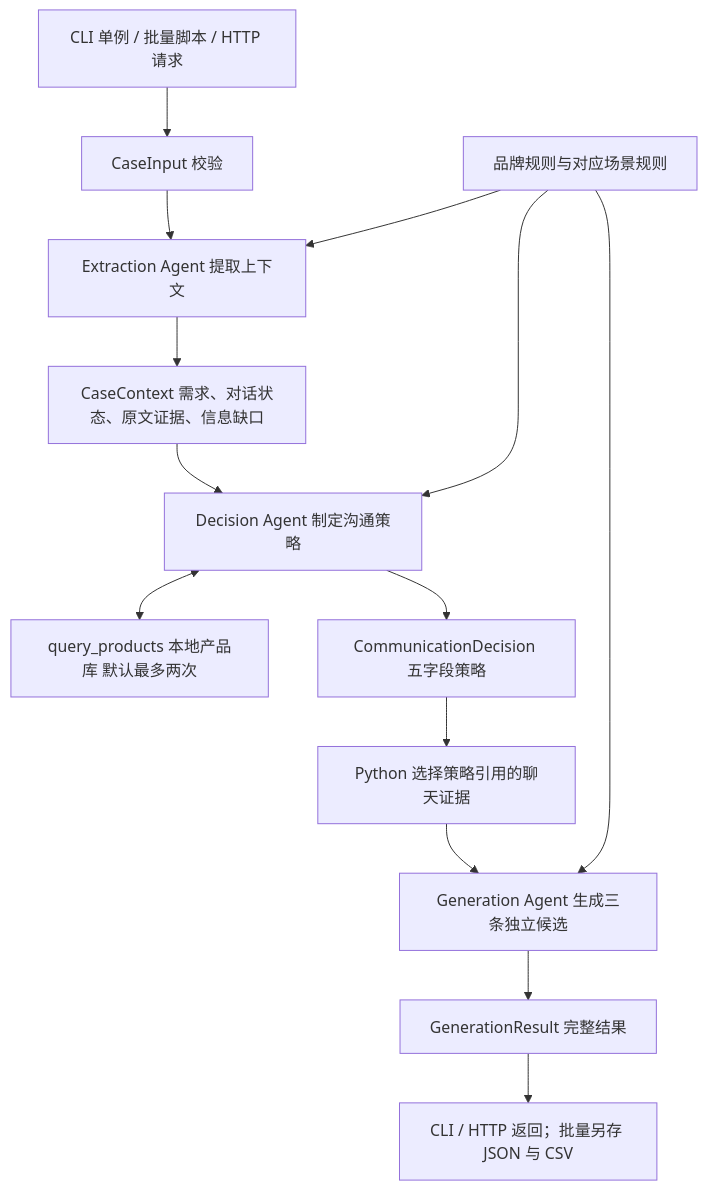
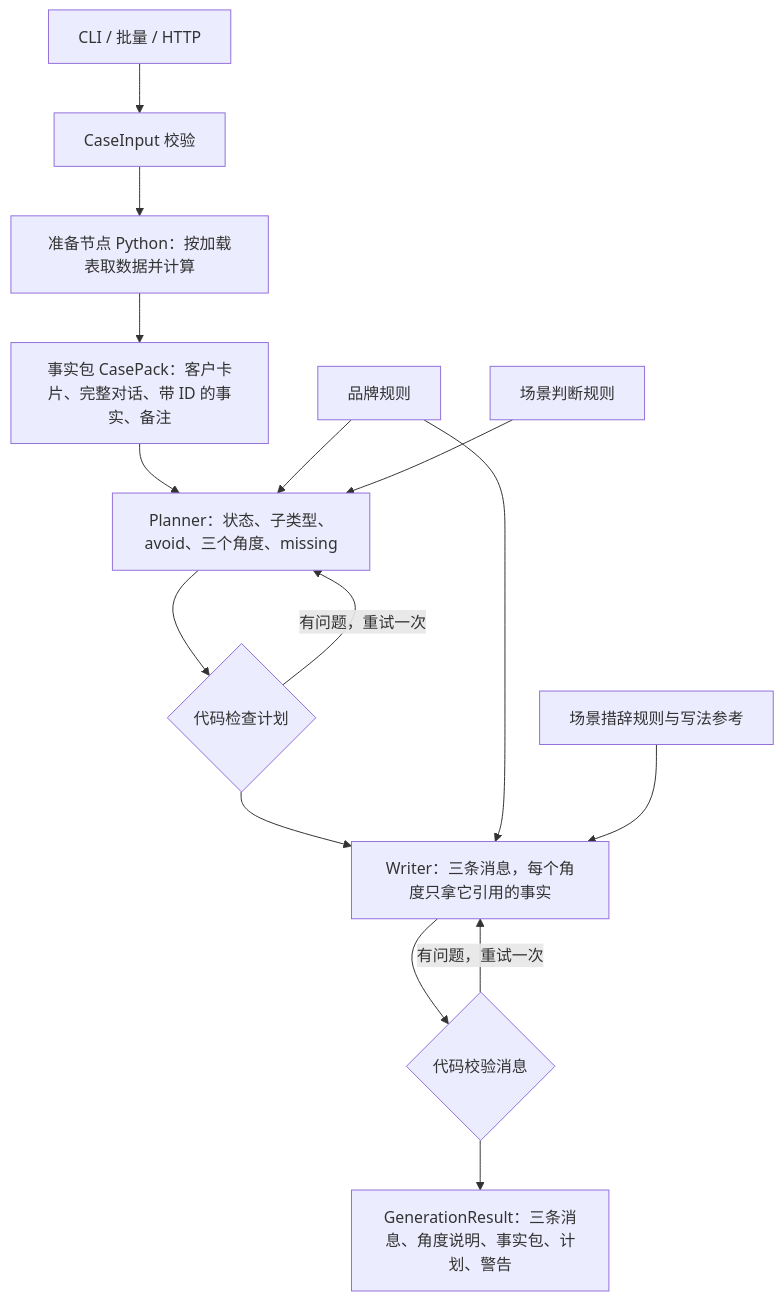
Before and after one commit to Jamieee0531/lacaze-advisor: the diagram in docs/project-map.zh-CN.md, drawn with Mermaid. The commit also changed other lines of this file and 5 other files, not shown here.

````diff
--- a/docs/project-map.zh-CN.md
+++ b/docs/project-map.zh-CN.md
@@ -29,16 +29,17 @@
 ```mermaid
 flowchart TD
-    A[CLI 单例 / 批量脚本 / HTTP 请求] --> B[CaseInput 校验]
-    B --> C[Extraction Agent 提取上下文]
-    C --> D[CaseContext 需求、对话状态、原文证据、信息缺口]
-    D --> E[Decision Agent 制定沟通策略]
-    E <--> F[query_products 本地产品库 默认最多两次]
-    E --> G[CommunicationDecision 五字段策略]
-    G --> H[Python 选择策略引用的聊天证据]
-    H --> I[Generation Agent 生成三条独立候选]
-    I --> J[GenerationResult 完整结果]
-    J --> K[CLI / HTTP 返回；批量另存 JSON 与 CSV]
-    P[品牌规则与对应场景规则] --> C
-    P --> E
-    P --> I
+    A[CLI / 批量 / HTTP] --> B[CaseInput 校验]
+    B --> C[准备节点 Python：按加载表取数据并计算]
+    C --> D[事实包 CasePack：客户卡片、完整对话、带 ID 的事实、备注]
+    D --> E[Planner：状态、子类型、avoid、三个角度、missing]
+    E --> F{代码检查计划}
+    F -- 有问题，重试一次 --> E
+    F --> G[Writer：三条消息，每个角度只拿它引用的事实]
+    G --> H{代码校验消息}
+    H -- 有问题，重试一次 --> G
+    H --> I[GenerationResult：三条消息、角度说明、事实包、计划、警告]
+    P1[品牌规则] --> E
+    P1 --> G
+    P2[场景判断规则] --> E
+    P3[场景措辞规则与写法参考] --> G
 ```
````
